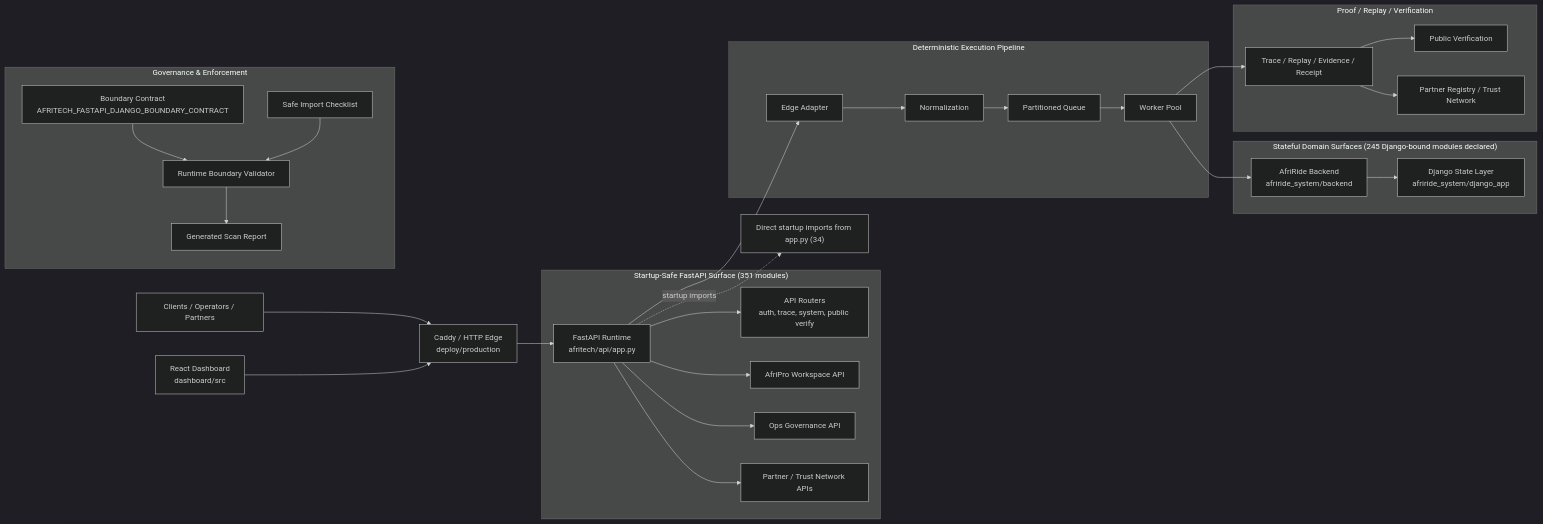
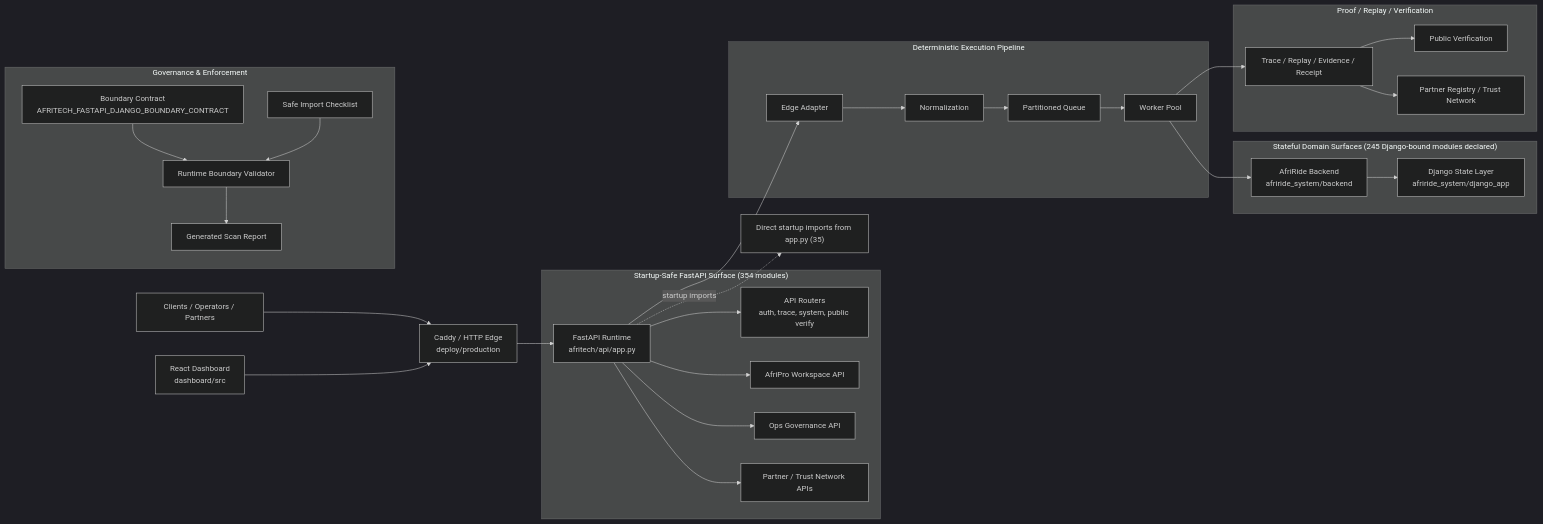
Before and after one commit to Strelly2023/afritelematics: the first of 2 diagrams in docs/architecture/AFRITECH_FULL_ARCHITECTURE_GRAPH.md, drawn with Mermaid (dark theme). The commit also changed other lines of this file and 1 other file, not shown here.

````diff
--- a/docs/architecture/AFRITECH_FULL_ARCHITECTURE_GRAPH.md
+++ b/docs/architecture/AFRITECH_FULL_ARCHITECTURE_GRAPH.md
@@ -22,39 +22,39 @@
 ```mermaid
 flowchart LR
     Client["Clients / Operators / Partners"] --> Edge["Caddy / HTTP Edge\ndeploy/production"]
     Dashboard["React Dashboard\ndashboard/src"] --> Edge
     Edge --> App["FastAPI Runtime\nafritech/api/app.py"]
 
-    subgraph FastAPI["Startup-Safe FastAPI Surface (351 modules)"]
+    subgraph FastAPI["Startup-Safe FastAPI Surface (354 modules)"]
         App --> Api["API Routers\nauth, trace, system, public verify"]
         App --> Workspace["AfriPro Workspace API"]
         App --> Governance["Ops Governance API"]
         App --> Trust["Partner / Trust Network APIs"]
     end
 
     subgraph Pipeline["Deterministic Execution Pipeline"]
         App --> Adapt["Edge Adapter"]
         Adapt --> Normalize["Normalization"]
         Normalize --> Queue["Partitioned Queue"]
         Queue --> Worker["Worker Pool"]
     end
 
     subgraph State["Stateful Domain Surfaces (245 Django-bound modules declared)"]
         Worker --> Domain["AfriRide Backend\nafriride_system/backend"]
         Domain --> Django["Django State Layer\nafriride_system/django_app"]
     end
 
     subgraph Proof["Proof / Replay / Verification"]
         Worker --> Trace["Trace / Replay / Evidence / Receipt"]
         Trace --> Public["Public Verification"]
         Trace --> Registry["Partner Registry / Trust Network"]
     end
 
     subgraph GovernancePlane["Governance & Enforcement"]
         Contract["Boundary Contract\nAFRITECH_FASTAPI_DJANGO_BOUNDARY_CONTRACT"] --> Validator["Runtime Boundary Validator"]
         Checklist["Safe Import Checklist"] --> Validator
         Validator --> Review["Generated Scan Report"]
     end
 
-    App -. startup imports .-> Imports["Direct startup imports from app.py (34)"]
+    App -. startup imports .-> Imports["Direct startup imports from app.py (35)"]
 ```
````
